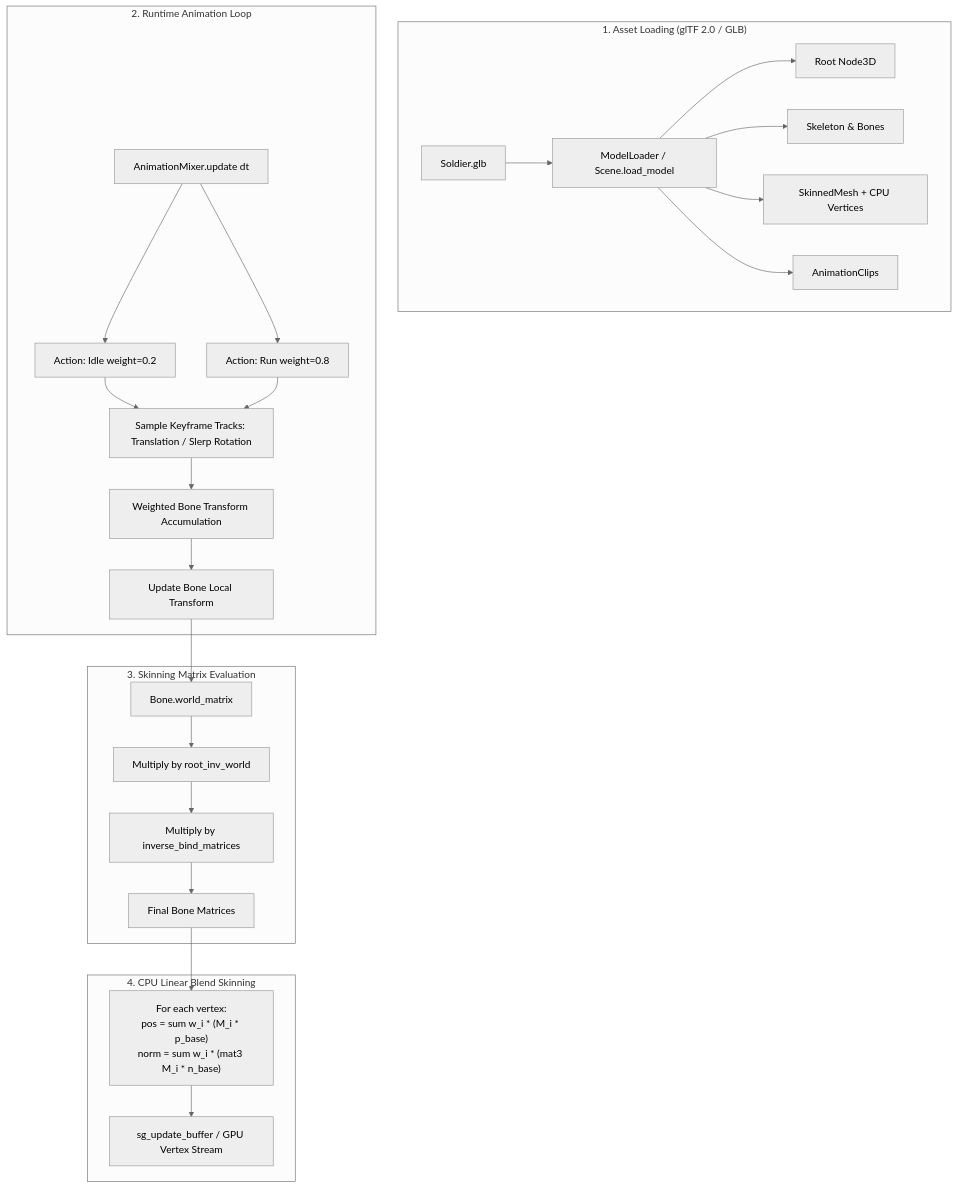
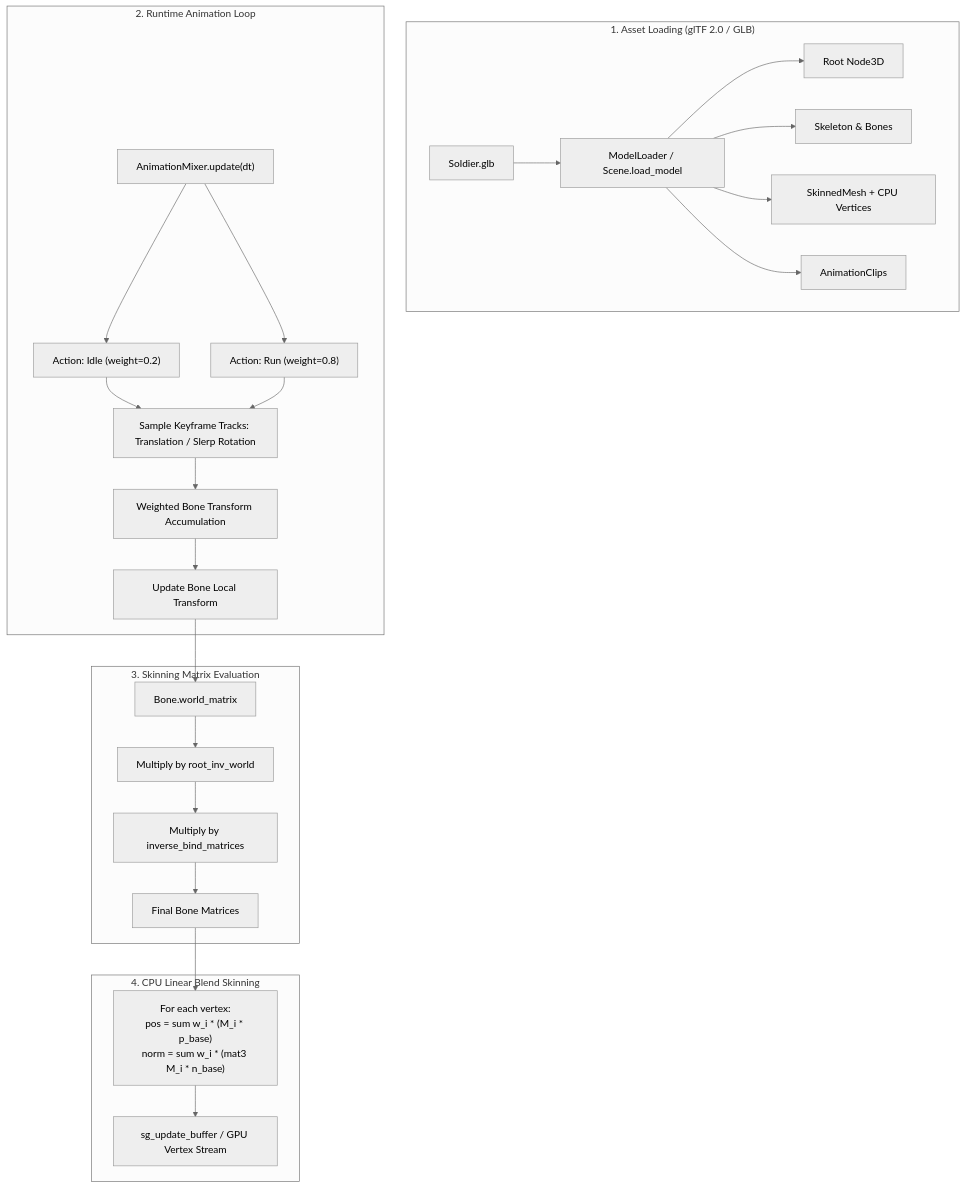
Before and after one commit to fortestaccountQ/velocity-3d-engine: the first of 4 diagrams in docs/guides/skeletal-animation.md, drawn with Mermaid (neutral theme). The commit also changed other lines of this file and 10 other files, not shown here.

Commit message:
fix(docs): resolve GitHub KaTeX math formatting and Mermaid diagram syntax errors

````diff
--- a/docs/guides/skeletal-animation.md
+++ b/docs/guides/skeletal-animation.md
@@ -11,31 +11,31 @@
 ```mermaid
 flowchart TD
     subgraph AssetLoading["1. Asset Loading (glTF 2.0 / GLB)"]
         GLB[Soldier.glb] --> ML[ModelLoader / Scene.load_model]
         ML --> Root[Root Node3D]
         ML --> Skel[Skeleton & Bones]
         ML --> SkinMesh[SkinnedMesh + CPU Vertices]
         ML --> Clips[AnimationClips]
     end
 
     subgraph RuntimeEvaluation["2. Runtime Animation Loop"]
-        Mixer[AnimationMixer.update dt] --> Action1[Action: Idle weight=0.2]
-        Mixer --> Action2[Action: Run weight=0.8]
-        Action1 --> Interp[Sample Keyframe Tracks: Translation / Slerp Rotation]
+        Mixer["AnimationMixer.update(dt)"] --> Action1["Action: Idle (weight=0.2)"]
+        Mixer --> Action2["Action: Run (weight=0.8)"]
+        Action1 --> Interp["Sample Keyframe Tracks: Translation / Slerp Rotation"]
         Action2 --> Interp
-        Interp --> Accum[Weighted Bone Transform Accumulation]
-        Accum --> BoneLocal[Update Bone Local Transform]
+        Interp --> Accum["Weighted Bone Transform Accumulation"]
+        Accum --> BoneLocal["Update Bone Local Transform"]
     end
 
     subgraph MatrixPipeline["3. Skinning Matrix Evaluation"]
         BoneLocal --> BoneWorld[Bone.world_matrix]
         BoneWorld --> InvRoot[Multiply by root_inv_world]
         InvRoot --> InvBind[Multiply by inverse_bind_matrices]
         InvBind --> BoneMats[Final Bone Matrices]
     end
 
     subgraph CPUDeformation["4. CPU Linear Blend Skinning"]
         BoneMats --> LBS["For each vertex:\npos = sum w_i * (M_i * p_base)\nnorm = sum w_i * (mat3 M_i * n_base)"]
         LBS --> GPUUpload[sg_update_buffer / GPU Vertex Stream]
     end
 ```
````
